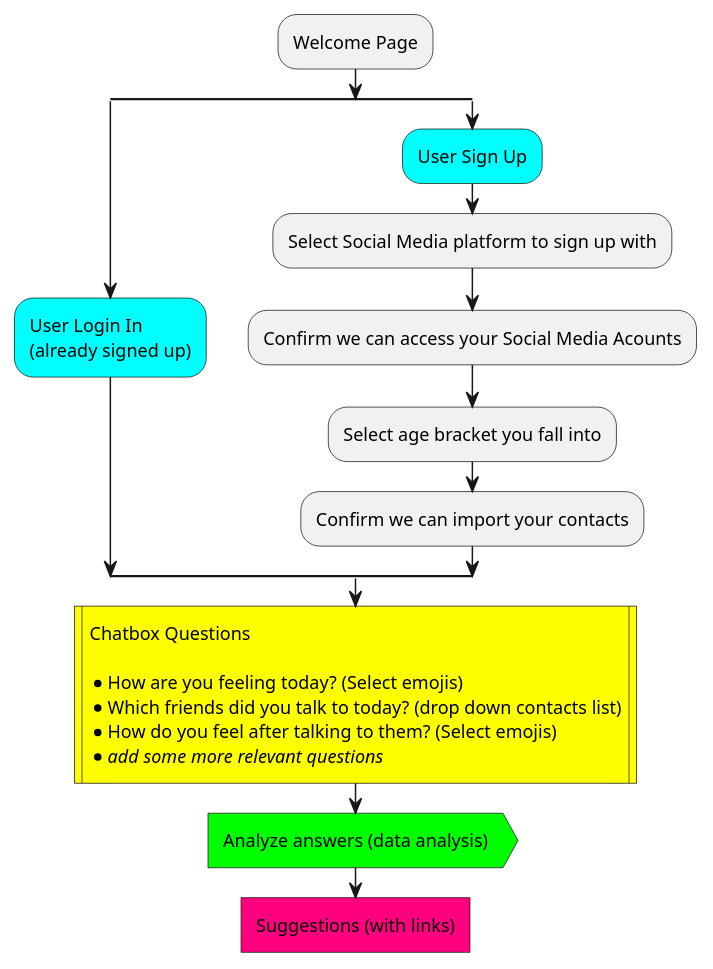
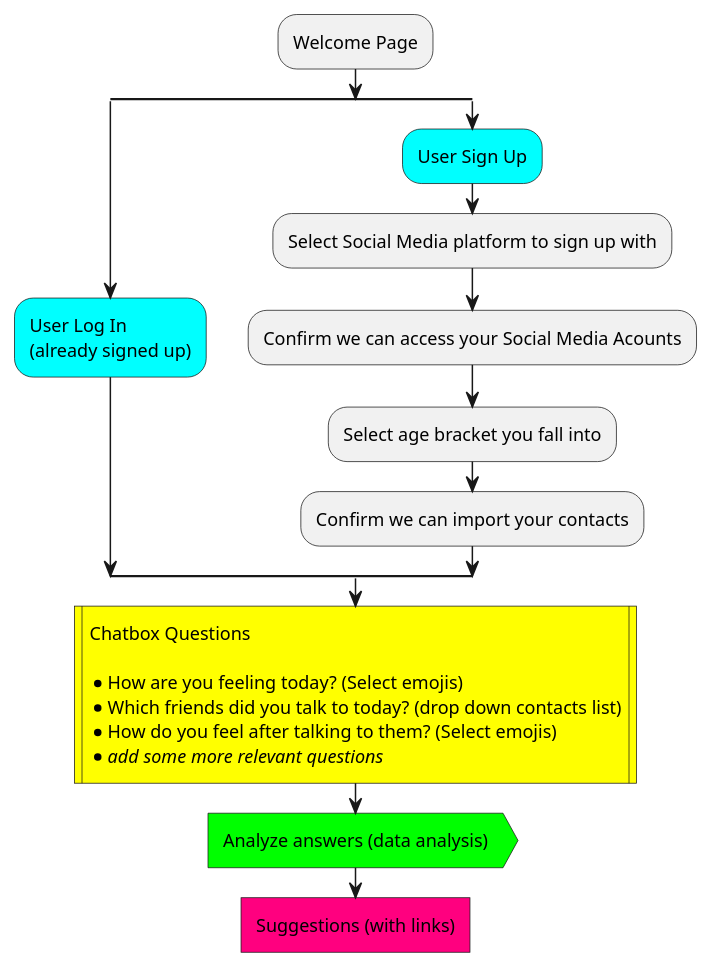
Before and after one commit to Lelani82/FlattenTheCurveHack: the diagram in uml.wsd, drawn with PlantUML.

Commit message:
uml fixed typo

```diff
--- a/uml.wsd
+++ b/uml.wsd
@@ -1,23 +1,23 @@
 @startuml
 
 :Welcome Page;
     split
-        #00FFFF:User Login In
+        #00FFFF:User Log In
         (already signed up);
     split again
         #00FFFF:User Sign Up;
         :Select Social Media platform to sign up with;
         :Confirm we can access your Social Media Acounts;
         :Select age bracket you fall into;
         :Confirm we can import your contacts;
     end split
 #FFFF00:Chatbox Questions
 
 * How are you feeling today? (Select emojis)
 * Which friends did you talk to today? (drop down contacts list)
 * How do you feel after talking to them? (Select emojis)
 * //add some more relevant questions// |
 #00FF00:Analyze answers (data analysis)>
 #FF007F:Suggestions (with links)]
 
 @enduml
```
